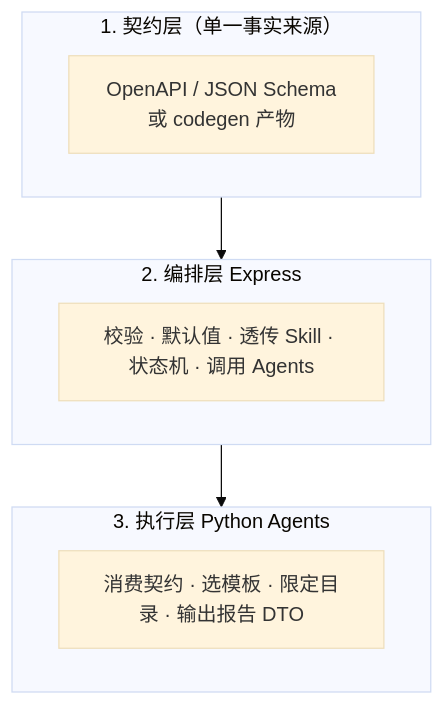
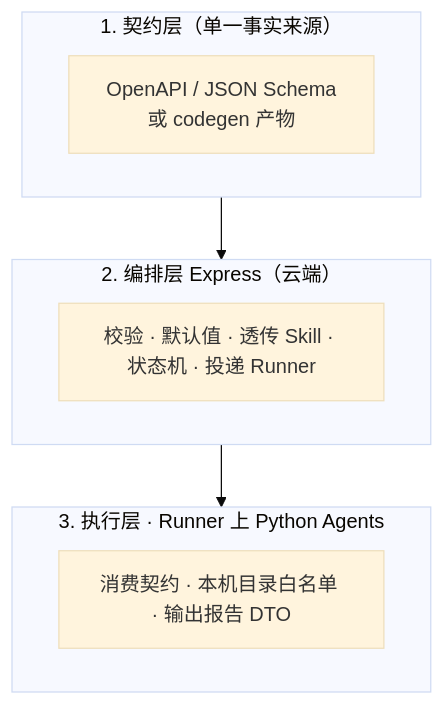
Before and after one commit to panzhanfei/agents-monorepo: the fourth of 5 diagrams in README.md, drawn with Mermaid (base theme). The commit also changed other lines of this file, not shown here.

Commit message:
基本有了大概得 流程 架构图

````diff
--- a/README.md
+++ b/README.md
@@ -131,13 +198,13 @@
 ```mermaid
 flowchart TB
   subgraph L1["1. 契约层（单一事实来源）"]
     C["OpenAPI / JSON Schema<br/>或 codegen 产物"]
   end
-  subgraph L2["2. 编排层 Express"]
-    O["校验 · 默认值 · 透传 Skill · 状态机 · 调用 Agents"]
+  subgraph L2["2. 编排层 Express（云端）"]
+    O["校验 · 默认值 · 透传 Skill · 状态机 · 投递 Runner"]
   end
-  subgraph L3["3. 执行层 Python Agents"]
-    R["消费契约 · 选模板 · 限定目录 · 输出报告 DTO"]
+  subgraph L3["3. 执行层 · Runner 上 Python Agents"]
+    R["消费契约 · 本机目录白名单 · 输出报告 DTO"]
   end
   L1 --> L2 --> L3
 ```
````
